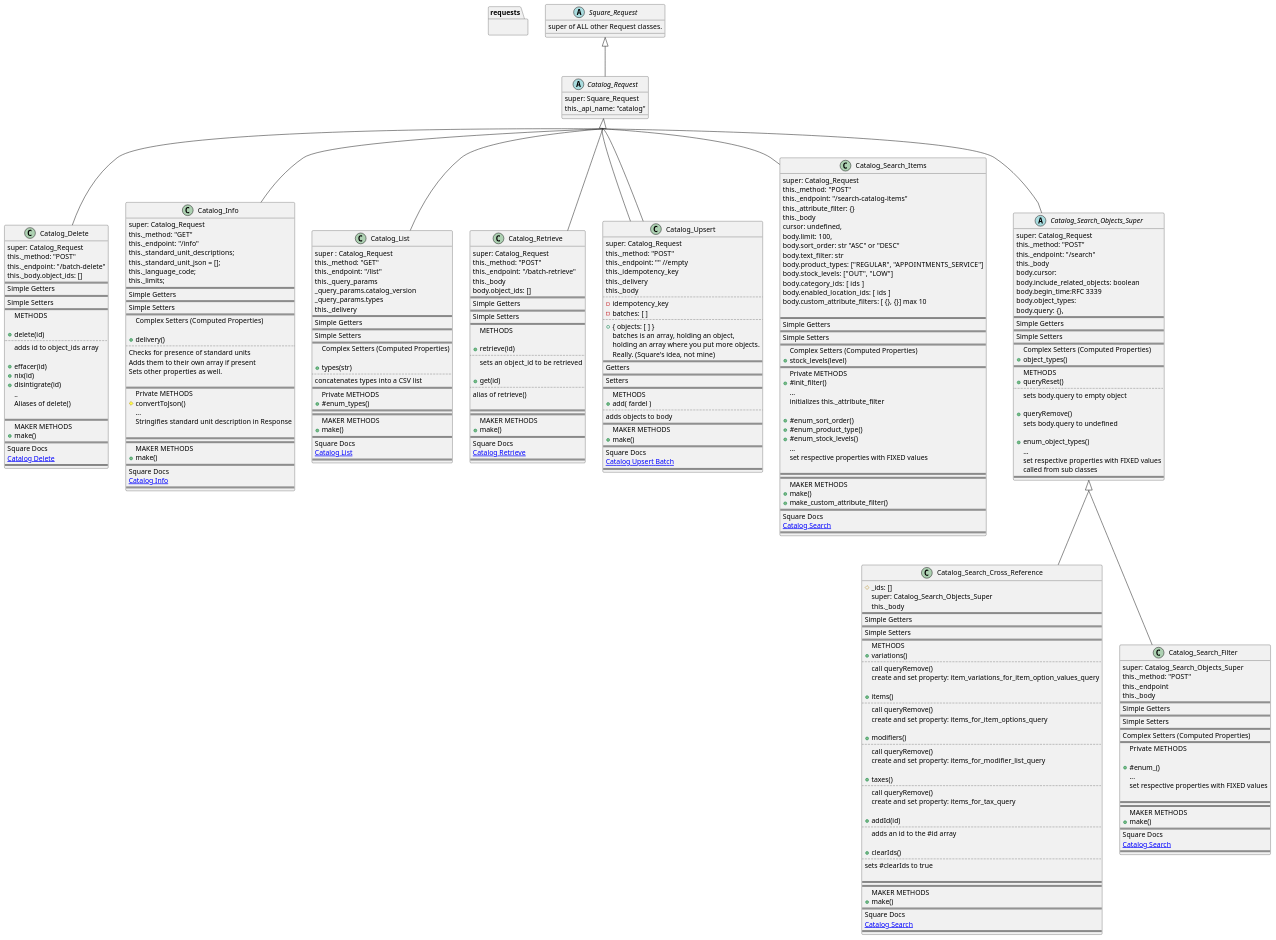
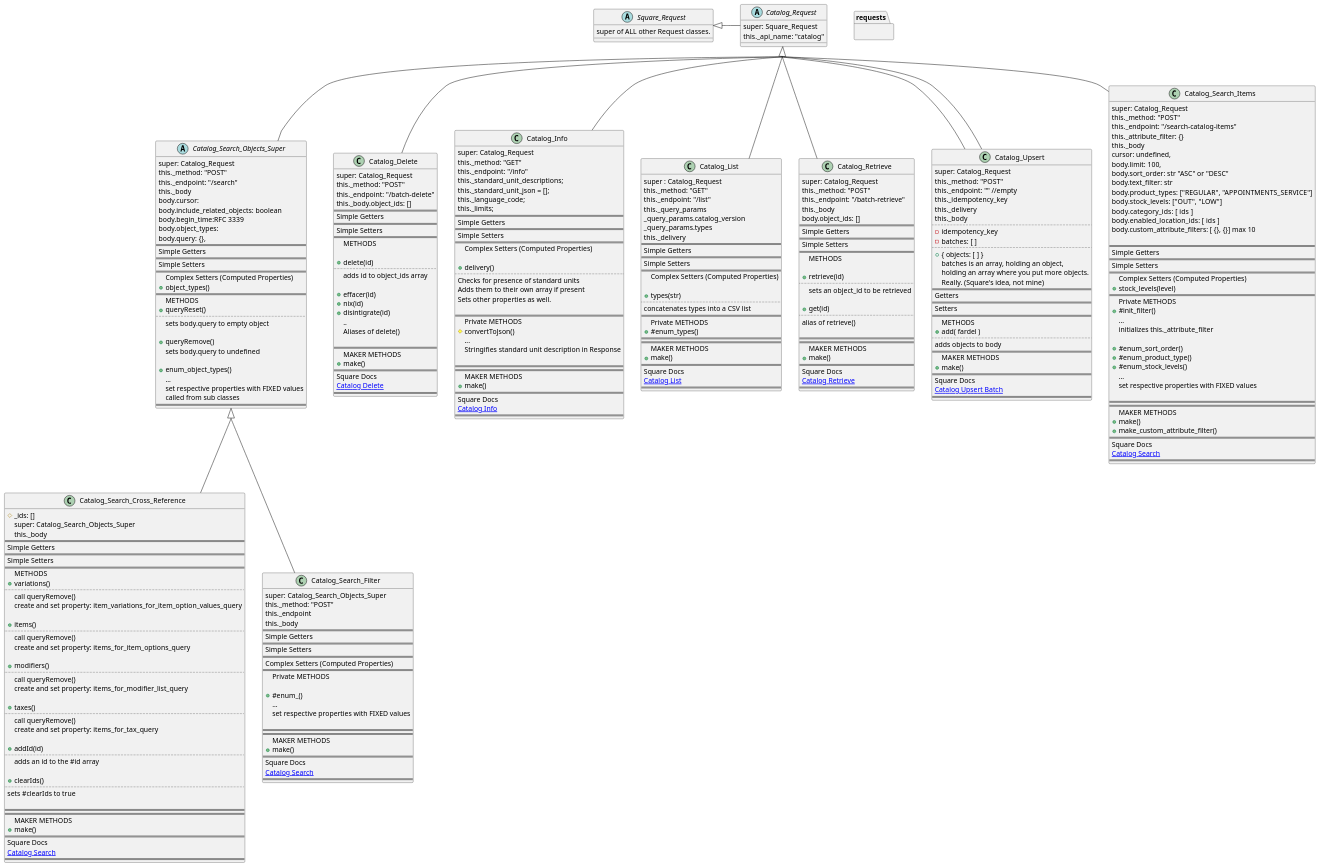
The diagram in docs/uml/pie_catalog_request.puml (TwoFistedJustice/square-pie), drawn with PlantUML before and after one commit.

Commit message:
docs: format box lay out

```diff
--- a/docs/uml/pie_catalog_request.puml
+++ b/docs/uml/pie_catalog_request.puml
@@ -3,7 +3,11 @@
 skinparam groupInheritance 2
 
 namespace requests {
-.Square_Request <|-- .Catalog_Request
+.Square_Request <|- .Catalog_Request
+.Catalog_Request <|-- .Catalog_Search_Objects_Super
+.Catalog_Search_Objects_Super <|-- .Catalog_Search_Cross_Reference
+.Catalog_Search_Objects_Super <|-- .Catalog_Search_Filter
+
 .Catalog_Request <|-- .Catalog_Delete
 .Catalog_Request <|-- .Catalog_Info
 .Catalog_Request <|-- .Catalog_List
@@ -11,9 +15,6 @@
 .Catalog_Request <|-- .Catalog_Upsert
 .Catalog_Request <|-- .Catalog_Search_Items
 .Catalog_Request <|-- .Catalog_Upsert
-.Catalog_Request <|-- .Catalog_Search_Objects_Super
-.Catalog_Search_Objects_Super <|-- .Catalog_Search_Cross_Reference
-.Catalog_Search_Objects_Super <|-- .Catalog_Search_Filter
 }
 abstract class Square_Request{
 super of ALL other Request classes.
```
